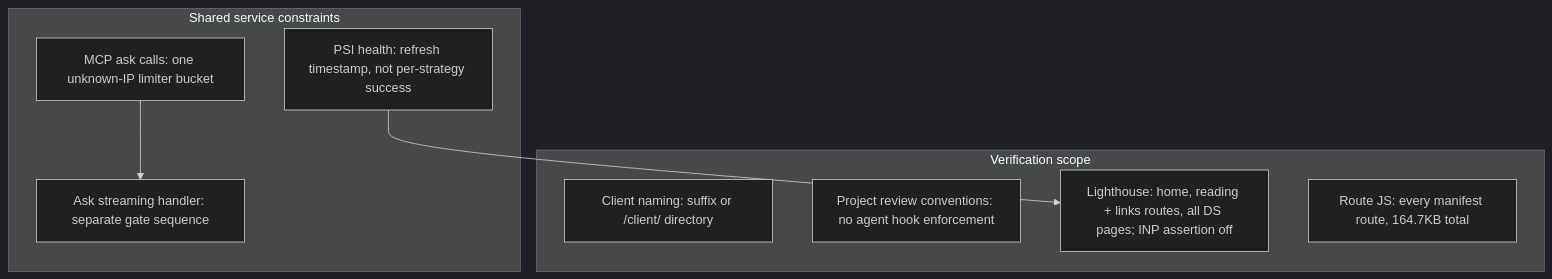
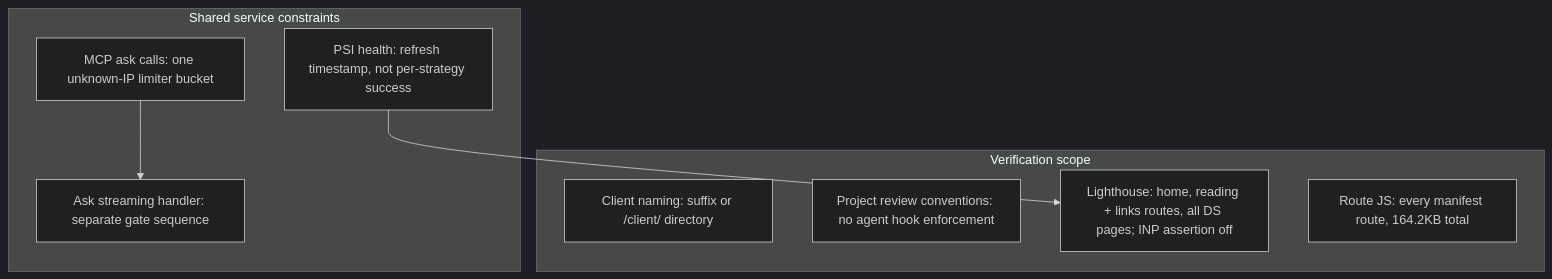
The diagram in docs/10-findings-and-debt.md (erikunha/portfolio), drawn with Mermaid (dark theme) before and after one commit. The commit also changed 10 other files, not shown here.

````diff
--- a/docs/10-findings-and-debt.md
+++ b/docs/10-findings-and-debt.md
@@ -39,16 +39,16 @@
 ```mermaid
 flowchart TD
     subgraph shared["Shared service constraints"]
         mcp["MCP ask calls: one unknown-IP limiter bucket"]
         ask["Ask streaming handler: separate gate sequence"]
         psi["PSI health: refresh timestamp, not per-strategy success"]
     end
     subgraph coverage["Verification scope"]
         naming["Client naming: suffix or /client/ directory"]
         hooks["Project review conventions: no agent hook enforcement"]
         perf["Lighthouse: home, reading + links routes, all DS pages; INP assertion off"]
-        js["Route JS: every manifest route, 164.7KB total"]
+        js["Route JS: every manifest route, 164.2KB total"]
     end
     mcp --> ask
     psi --> perf
 ```
````
